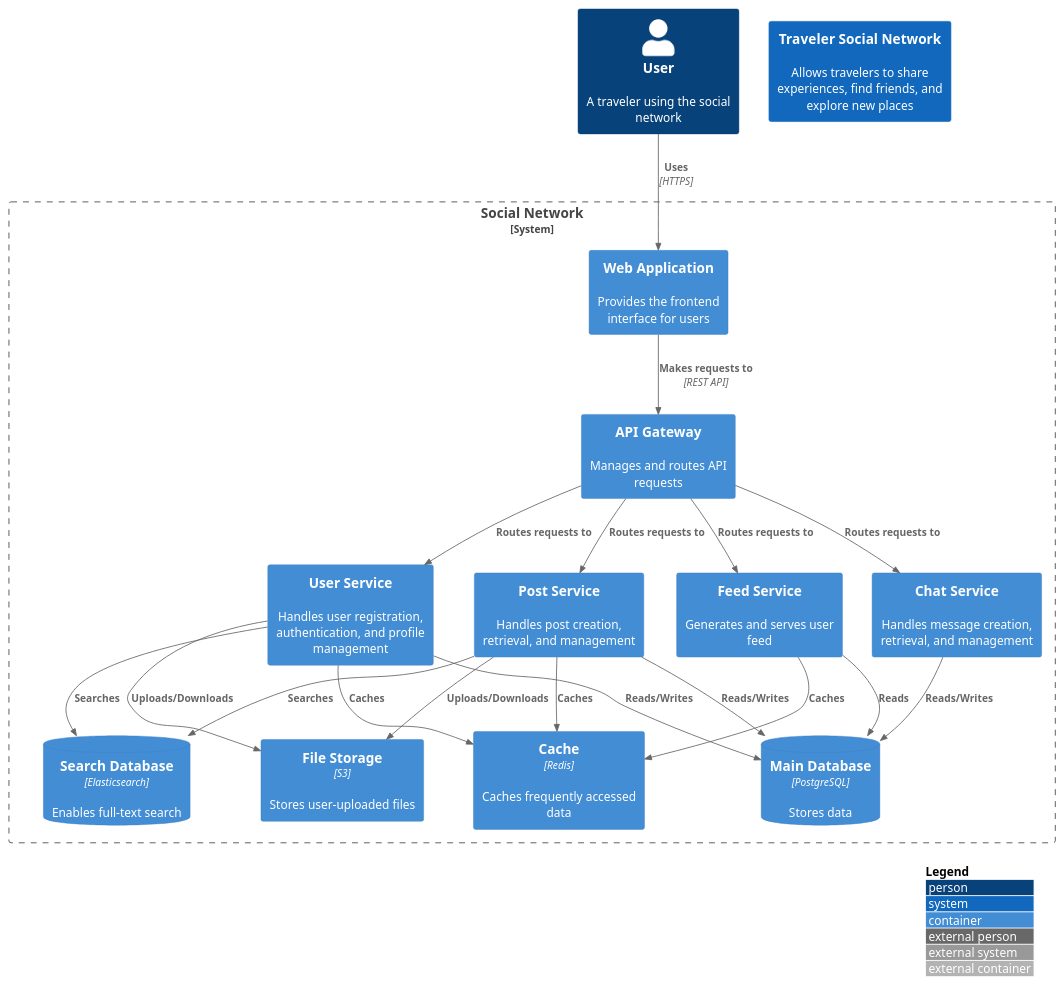
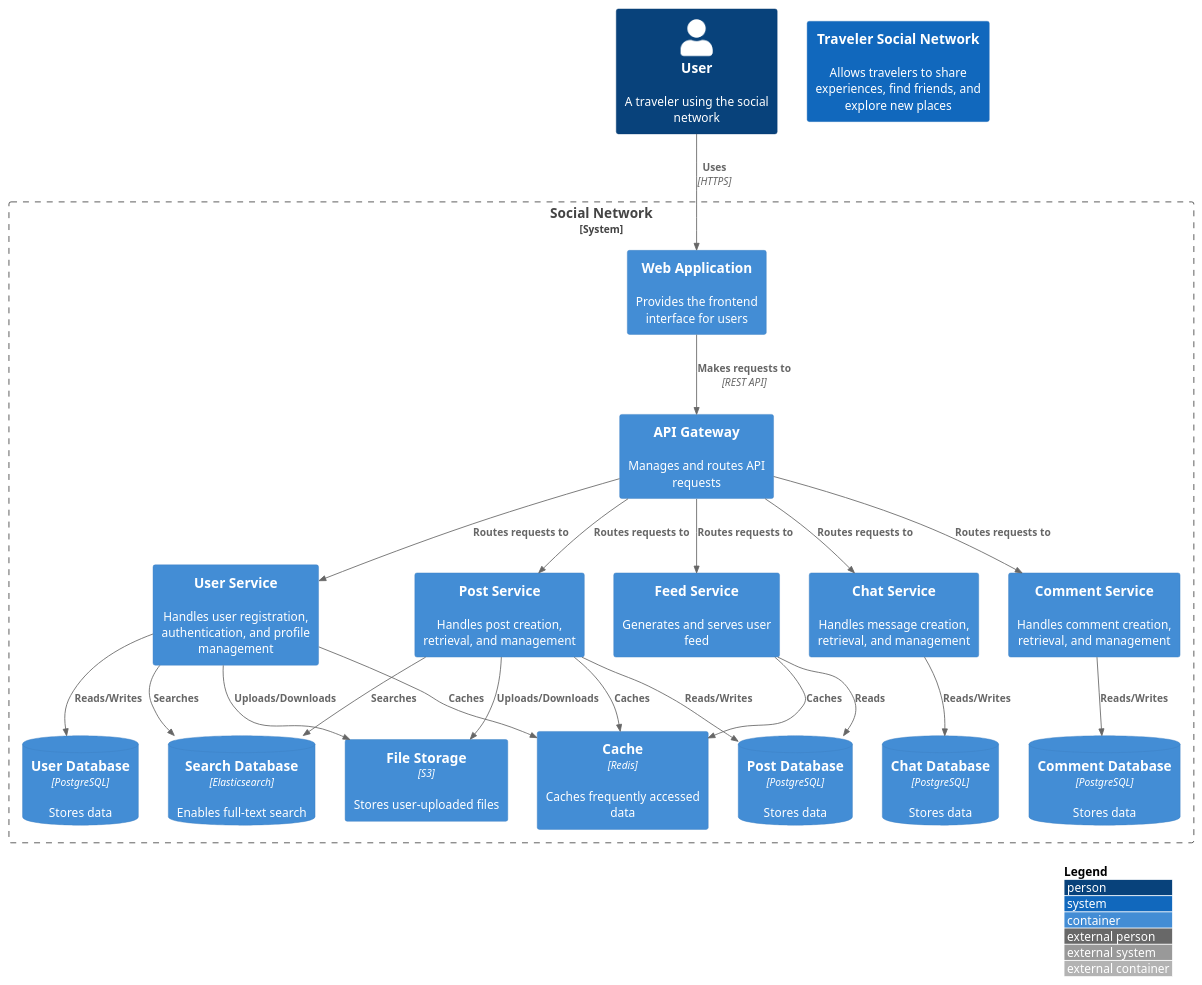
Before and after one commit to Alex75Ru/social_network_system_design: the diagram in с4.puml, drawn with PlantUML. The commit also changed 6 other files, not shown here.

```diff
--- a/с4.puml
+++ b/с4.puml
@@ -1,41 +1,47 @@
 @startuml
 !include https://raw.githubusercontent.com/plantuml-stdlib/C4-PlantUML/master/C4_Container.puml
 
 LAYOUT_WITH_LEGEND()
 
 Person(user, "User", "A traveler using the social network")
 
 System(social_network, "Traveler Social Network", "Allows travelers to share experiences, find friends, and explore new places")
 
 System_Boundary(social_network_boundary, "Social Network") {
     Container(web_app, "Web Application", "", "Provides the frontend interface for users")
     Container(api_gateway, "API Gateway", "", "Manages and routes API requests")
     Container(user_service, "User Service", "", "Handles user registration, authentication, and profile management")
     Container(post_service, "Post Service", "", "Handles post creation, retrieval, and management")
     Container(chat_service, "Chat Service", "", "Handles message creation, retrieval, and management")
     Container(feed_service, "Feed Service", "", "Generates and serves user feed")
-    ContainerDb(user_db, "Main Database", "PostgreSQL", "Stores data")
+    Container(comment_service, "Comment Service", "", "Handles comment creation, retrieval, and management")
+    ContainerDb(user_db, "User Database", "PostgreSQL", "Stores data")
+    ContainerDb(post_db, "Post Database", "PostgreSQL", "Stores data")
+    ContainerDb(chat_db, "Chat Database", "PostgreSQL", "Stores data")
+    ContainerDb(comment_db, "Comment Database", "PostgreSQL", "Stores data")
     ContainerDb(search_db, "Search Database", "Elasticsearch", "Enables full-text search")
     Container(file_storage, "File Storage", "S3", "Stores user-uploaded files")
     Container(cache, "Cache", "Redis", "Caches frequently accessed data")
 }
 
 Rel(user, web_app, "Uses", "HTTPS")
 Rel(web_app, api_gateway, "Makes requests to", "REST API")
 Rel(api_gateway, user_service, "Routes requests to")
 Rel(api_gateway, post_service, "Routes requests to")
 Rel(api_gateway, chat_service, "Routes requests to")
 Rel(api_gateway, feed_service, "Routes requests to")
+Rel(api_gateway, comment_service, "Routes requests to")
 Rel(user_service, user_db, "Reads/Writes")
-Rel(post_service, user_db, "Reads/Writes")
-Rel(chat_service, user_db, "Reads/Writes")
-Rel(feed_service, user_db, "Reads")
+Rel(post_service, post_db, "Reads/Writes")
+Rel(chat_service, chat_db, "Reads/Writes")
+Rel(comment_service, comment_db, "Reads/Writes")
+Rel(feed_service, post_db, "Reads")
 Rel(post_service, file_storage, "Uploads/Downloads")
 Rel(user_service, file_storage, "Uploads/Downloads")
 Rel(user_service, search_db, "Searches")
 Rel(post_service, search_db, "Searches")
 Rel(user_service, cache, "Caches")
 Rel(post_service, cache, "Caches")
 Rel(feed_service, cache, "Caches")
 
 @enduml
```
